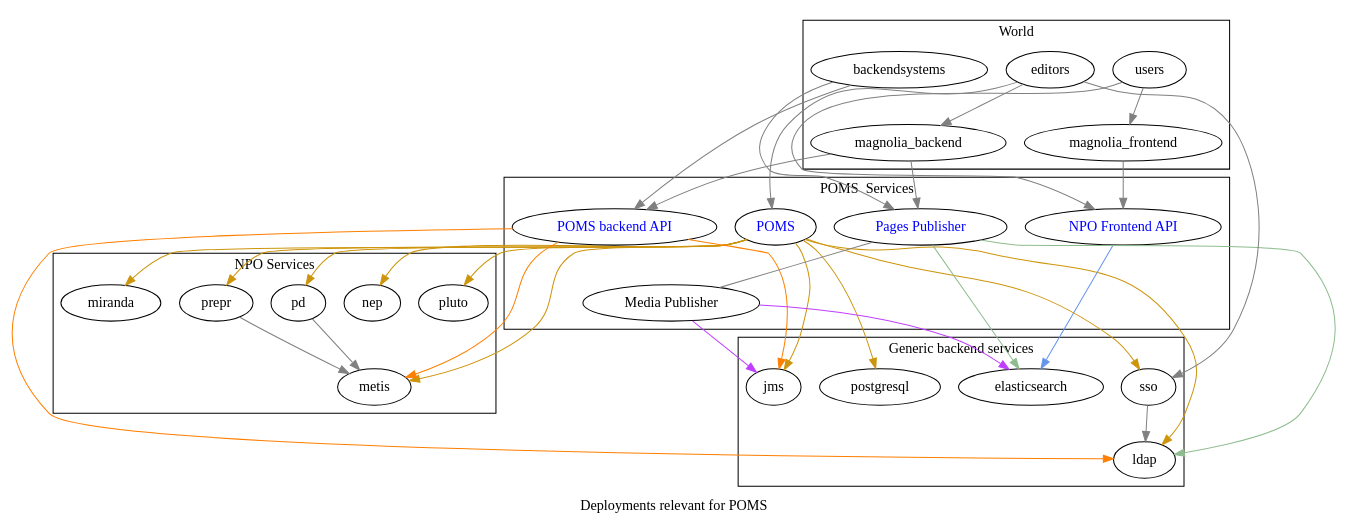
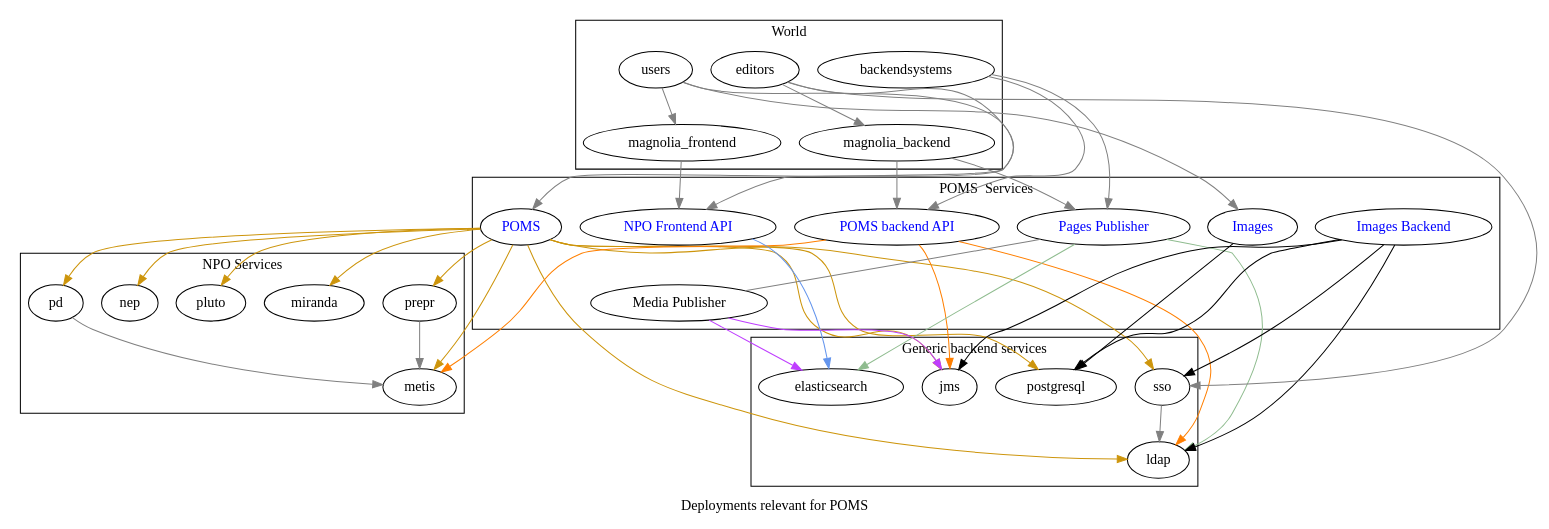
The diagram in poms-deployment.dot (npo-poms/poms-parent), drawn with Graphviz before and after one commit. The commit also changed 4 other files, not shown here.

```diff
--- a/poms-deployment.dot
+++ b/poms-deployment.dot
@@ -1,119 +1,131 @@
 digraph poms_universe {
 
 label="Deployments relevant for POMS"
 
 poms [ label="POMS" href="https://poms.omroep.nl/" fontcolor=blue ]
 poms_backend [ label="POMS backend API" href="https://api.poms.omroep.nl/" fontcolor=blue ]
 api [ label = "NPO Frontend API" href="https://rs.poms.omroep.nl/" fontcolor=blue ]
 pages_publish [ label = "Pages Publisher"     href="https://publish.pages.omroep.nl/" fontcolor=blue ]
 media_publish [ label = "Media Publisher" ]
-
+images_frontend [ label = "Images" href="https://images.poms.omroep.nl" fontcolor=blue]
+images_backend [ label = "Images Backend" href="https://images-backend.poms.omroep.nl" fontcolor=blue ]
 
 subgraph cluster_0  {
   label="Generic backend services"
   postgresql
   elasticsearch
   sso
   jms
   ldap
 }
 
 subgraph cluster_1  {
   label="VPRO"
   magnolia_frontend
   magnolia_backend
 }
 
 subgraph cluster_1  {
   label="World"
   users
   backendsystems
   editors
 }
 subgraph cluster_3  {
   label="POMS  Services"
   poms
   poms_backend
   pages_publish
   media_publish
   api
+  images_frontend
+  images_backend
 }
 
 subgraph cluster_4  {
   label="NPO Services"
   metis
   pd
   prepr
   miranda
   pluto
   nep
 }
 
 editors -> {
   magnolia_backend
   poms
   sso
 }[color=gray]
 
 users -> {
   magnolia_frontend
   api
+  images_frontend
 }[color=gray]
 
 backendsystems -> {
   poms_backend
   pages_publish
 }[color=gray]
 
 poms -> {
   postgresql
   jms
   sso
   ldap
   miranda
   prepr
   pd
   metis
   pluto
   nep
 }[color=darkgoldenrod3]
 
 poms_backend -> {
   jms
   ldap
   metis
   ldap
 }[color=darkorange1]
 
 api -> {
   elasticsearch
 }[color=cornflowerblue]
 
 pages_publish-> {
   elasticsearch
   ldap
 }[color=darkseagreen]
 
 media_publish -> {
   elasticsearch
   jms
 }[color=darkorchid1]
 pages_publish -> media_publish[color=gray dir=none]
 
-
+images_frontend -> {
+  postgresql
+}
+images_backend -> {
+  postgresql
+  jms
+  sso
+  ldap
+}
 
 magnolia_backend -> {
   poms_backend
   pages_publish
 }[color=gray]
 
 magnolia_frontend -> {
   api
 }[color=gray]
 
 sso -> ldap[color=gray]
 
 prepr -> metis[color=gray]
 pd -> metis[color=gray]
 
 }
```
